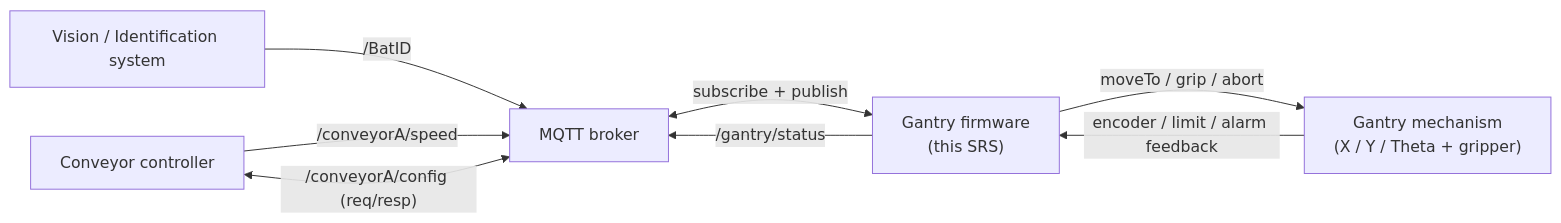
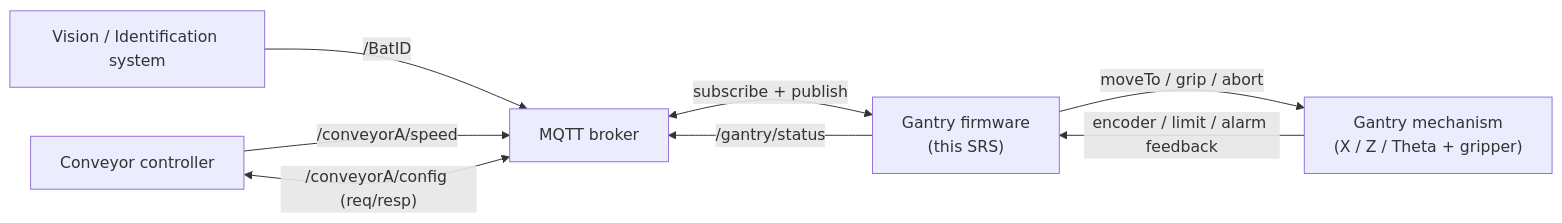
The diagram in Pickup_algo_and_MQTTBridge_SRS.md (Mynderse-Research-Lab/wt32-eth01-FreeRTOS), drawn with Mermaid before and after one commit. The commit also changed other lines of this file and 135 other files, not shown here.

````diff
--- a/Pickup_algo_and_MQTTBridge_SRS.md
+++ b/Pickup_algo_and_MQTTBridge_SRS.md
@@ -78,16 +88,16 @@
 ```mermaid
 flowchart LR
   ID["Vision / Identification system"]
   CV["Conveyor controller"]
   BR["MQTT broker"]
   GW["Gantry firmware<br/>(this SRS)"]
-  GA["Gantry mechanism<br/>(X / Y / Theta + gripper)"]
+  GA["Gantry mechanism<br/>(X / Z / Theta + gripper)"]
 
   ID -- "/BatID" --> BR
   CV -- "/conveyorA/speed" --> BR
   CV <-- "/conveyorA/config (req/resp)" --> BR
   BR <-- "subscribe + publish" --> GW
   GW -- "/gantry/status" --> BR
   GW -- "moveTo / grip / abort" --> GA
   GA -- "encoder / limit / alarm feedback" --> GW
 ```
````
